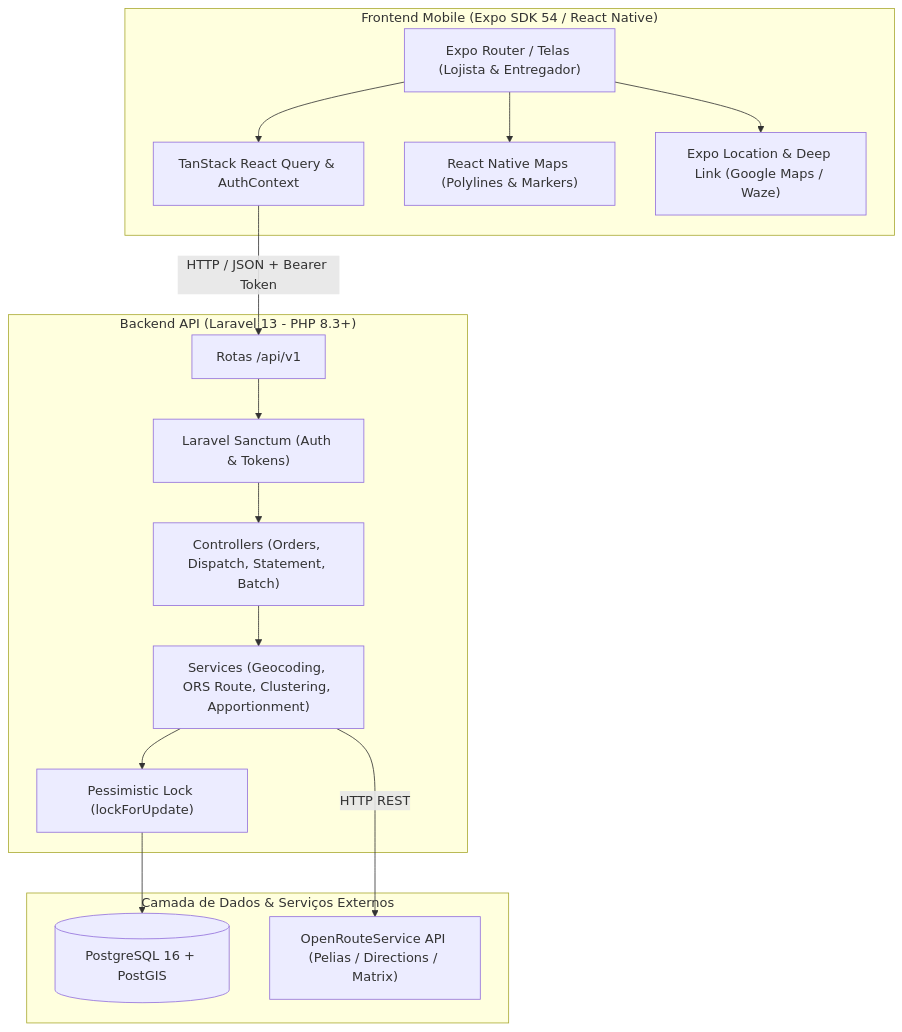
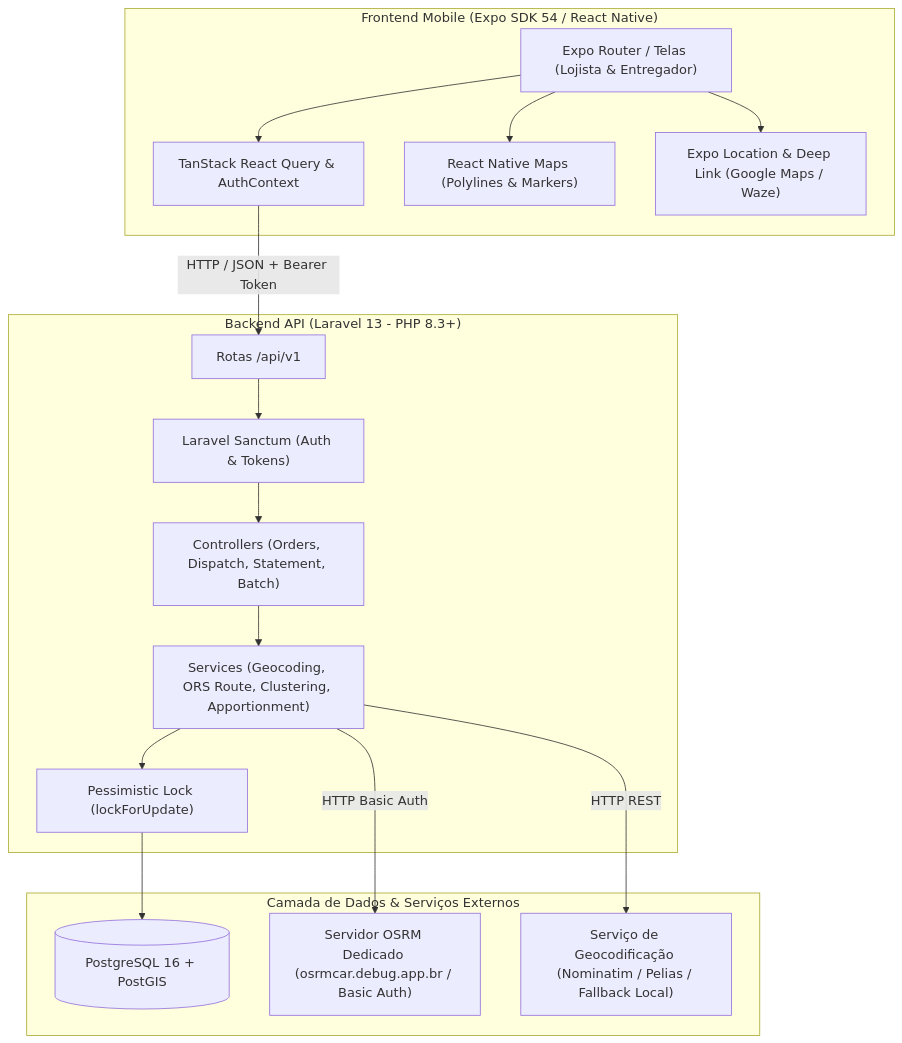
The first of 2 diagrams in docs/ARQUITETURA.md (LeonardoTosinPR/Zarpa), drawn with Mermaid before and after one commit. The commit also changed other lines of this file and 35 other files, not shown here.

Commit message:
feat(orders): implementar módulo de postagem, geocodificação OSRM e navegação inferior da sprint 2

````diff
--- a/docs/ARQUITETURA.md
+++ b/docs/ARQUITETURA.md
@@ -7,33 +7,35 @@
 ```mermaid
 graph TD
     subgraph Mobile ["Frontend Mobile (Expo SDK 54 / React Native)"]
         UI["Expo Router / Telas (Lojista & Entregador)"]
         State["TanStack React Query & AuthContext"]
         NativeMap["React Native Maps (Polylines & Markers)"]
         GPS["Expo Location & Deep Link (Google Maps / Waze)"]
     end
 
     subgraph API ["Backend API (Laravel 13 - PHP 8.3+)"]
         Router["Rotas /api/v1"]
         Sanctum["Laravel Sanctum (Auth & Tokens)"]
         Controllers["Controllers (Orders, Dispatch, Statement, Batch)"]
         Services["Services (Geocoding, ORS Route, Clustering, Apportionment)"]
         Lock["Pessimistic Lock (lockForUpdate)"]
     end
 
     subgraph Storage ["Camada de Dados & Serviços Externos"]
         Postgres[("PostgreSQL 16 + PostGIS")]
-        ORS["OpenRouteService API (Pelias / Directions / Matrix)"]
+        OSRM["Servidor OSRM Dedicado (osrmcar.debug.app.br / Basic Auth)"]
+        Geocoding["Serviço de Geocodificação (Nominatim / Pelias / Fallback Local)"]
     end
 
     UI --> State
     State -->|HTTP / JSON + Bearer Token| Router
     Router --> Sanctum
     Sanctum --> Controllers
     Controllers --> Services
     Services --> Lock
     Lock --> Postgres
-    Services -->|HTTP REST| ORS
+    Services -->|HTTP Basic Auth| OSRM
+    Services -->|HTTP REST| Geocoding
     UI --> NativeMap
     UI --> GPS
 ```
````
